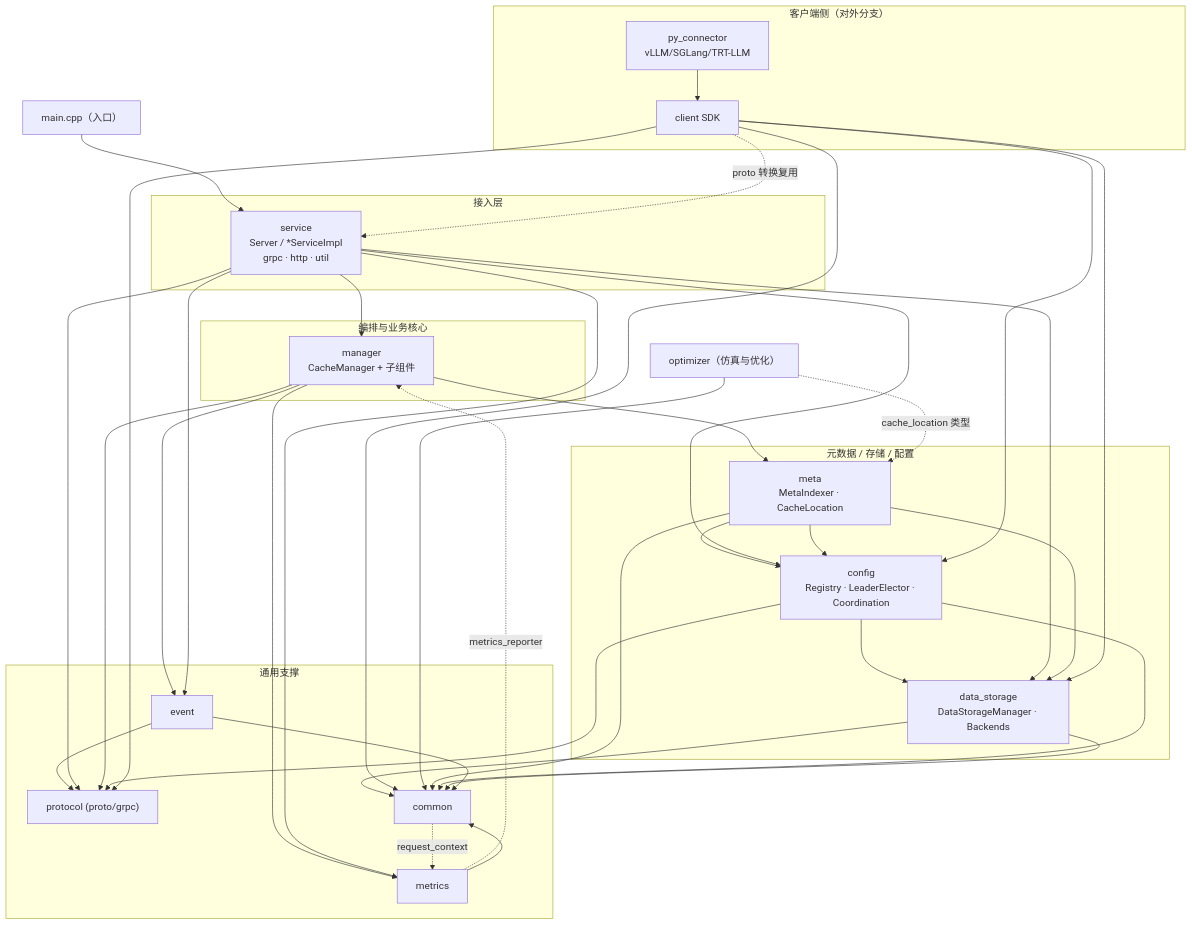
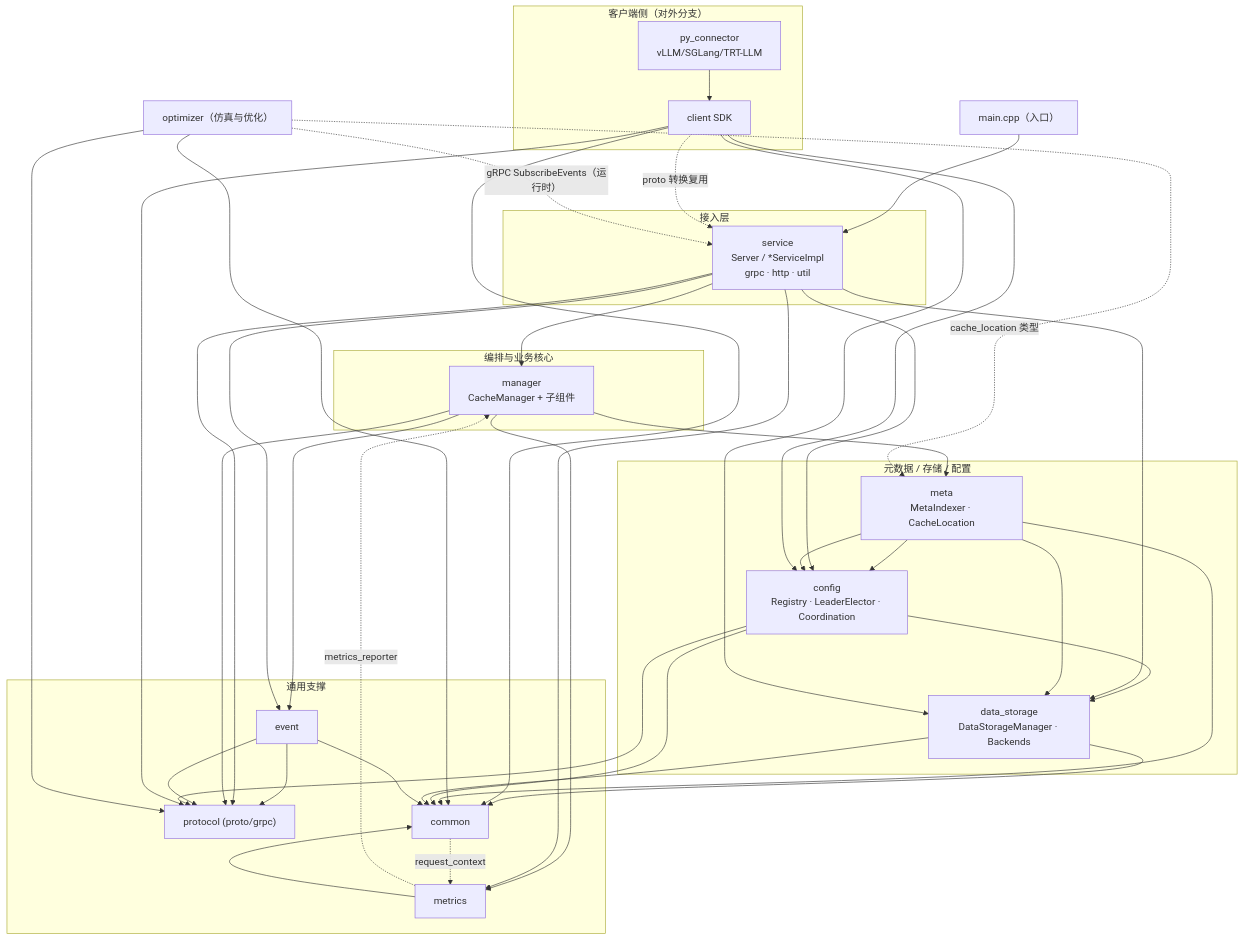
The first of 3 diagrams in docs/design/module_architecture.md (alibaba/tair-kvcache), drawn with Mermaid before and after one commit. The commit also changed other lines of this file and 3 other files, not shown here.

Commit message:
[docs] document online optimizer event subscriptions

````diff
--- a/docs/design/module_architecture.md
+++ b/docs/design/module_architecture.md
@@ -104,72 +104,75 @@
 ```mermaid
 flowchart TD
     main["main.cpp（入口）"]
 
     subgraph access["接入层"]
         service["service<br/>Server / *ServiceImpl<br/>grpc · http · util"]
     end
 
     subgraph core["编排与业务核心"]
         manager["manager<br/>CacheManager + 子组件"]
     end
 
     subgraph dataplane["元数据 / 存储 / 配置"]
         meta["meta<br/>MetaIndexer · CacheLocation"]
         config["config<br/>Registry · LeaderElector · Coordination"]
         data_storage["data_storage<br/>DataStorageManager · Backends"]
     end
 
     subgraph crosscut["通用支撑"]
         metrics["metrics"]
         event["event"]
         protocol["protocol (proto/grpc)"]
         common["common"]
     end
 
     subgraph clientside["客户端侧（对外分支）"]
         client["client SDK"]
         py_connector["py_connector<br/>vLLM/SGLang/TRT-LLM"]
     end
 
     optimizer["optimizer（仿真与优化）"]
 
     %% 核心下降链（控制流）
     main --> service --> manager --> meta --> config --> data_storage --> common
 
     %% 通用支撑依赖
     manager --> event
     event --> protocol
     manager --> metrics
     service --> metrics
     service --> event
     service --> config
     service --> data_storage
     service --> protocol
     manager --> protocol
+    event --> protocol
     config --> protocol
     meta --> config
     meta --> data_storage
 
     %% 有意的反向边（近似环，见 3.2）
     common -. request_context .-> metrics
     metrics -. metrics_reporter .-> manager
 
     %% 客户端分支
     py_connector --> client
     client --> config
     client --> data_storage
     client --> protocol
     client --> common
     client -. proto 转换复用 .-> service
 
     %% optimizer 的关联
     optimizer -. cache_location 类型 .-> meta
     optimizer --> common
+    optimizer --> protocol
+    optimizer -. gRPC SubscribeEvents（运行时） .-> service
 
     %% 底层通用模块被广泛依赖
     meta --> common
     config --> common
     data_storage --> common
     metrics --> common
     event --> common
 ```
````
